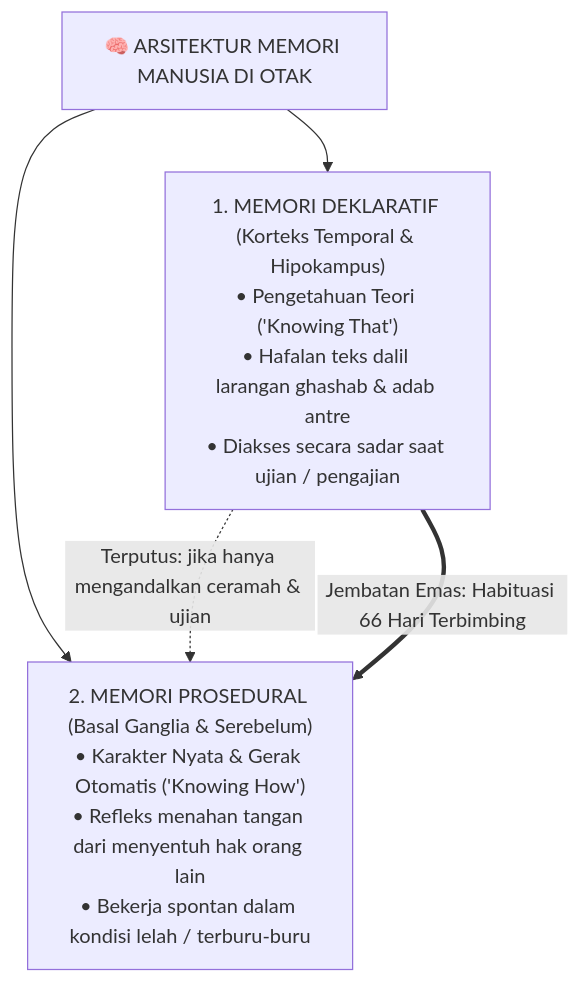
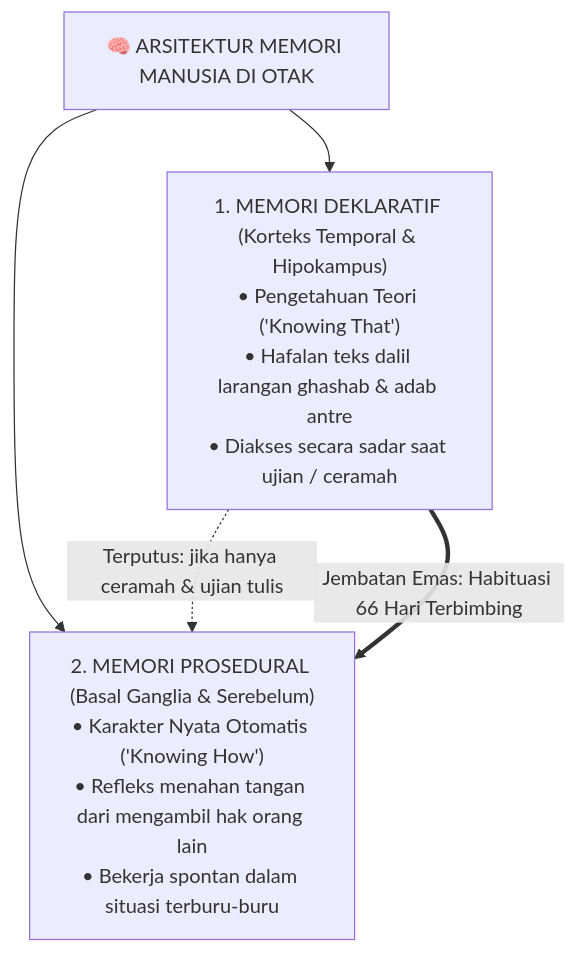
One commit to wandiapriliyandi/tumbuh changed the fourth of 9 diagrams in BOOK-SERIES/Volume-01/Bab-01-Krisis-Karakter-dan-Urgensi-Rekonstruksi/01-Anomali-Pendidikan-Karakter-Tradisional.md. Above: the diagram before and after it, drawn with Mermaid. The commit also changed other lines of this file, not shown here.

Commit message:
docs(bab-1.1): tulis ulang naskah master monograf menggugah jiwa, menajamkan nalar, dan membedah solusi operasional asrama

````diff
--- a/BOOK-SERIES/Volume-01/Bab-01-Krisis-Karakter-dan-Urgensi-Rekonstruksi/01-Anomali-Pendidikan-Karakter-Tradisional.md
+++ b/BOOK-SERIES/Volume-01/Bab-01-Krisis-Karakter-dan-Urgensi-Rekonstruksi/01-Anomali-Pendidikan-Karakter-Tradisional.md
@@ -54,14 +99,14 @@
 ```mermaid
 graph TD
     Otak["🧠 ARSITEKTUR MEMORI MANUSIA DI OTAK"]
     
     Otak --> Deklaratif
     Otak --> Prosedural
     
-    Deklaratif["1. MEMORI DEKLARATIF (Korteks Temporal & Hipokampus)<br/>• Pengetahuan Teori ('Knowing That')<br/>• Hafalan teks dalil larangan ghashab & adab antre<br/>• Diakses secara sadar saat ujian / pengajian"]
+    Deklaratif["1. MEMORI DEKLARATIF (Korteks Temporal & Hipokampus)<br/>• Pengetahuan Teori ('Knowing That')<br/>• Hafalan teks dalil larangan ghashab & adab antre<br/>• Diakses secara sadar saat ujian / ceramah"]
     
-    Prosedural["2. MEMORI PROSEDURAL (Basal Ganglia & Serebelum)<br/>• Karakter Nyata & Gerak Otomatis ('Knowing How')<br/>• Refleks menahan tangan dari menyentuh hak orang lain<br/>• Bekerja spontan dalam kondisi lelah / terburu-buru"]
+    Prosedural["2. MEMORI PROSEDURAL (Basal Ganglia & Serebelum)<br/>• Karakter Nyata Otomatis ('Knowing How')<br/>• Refleks menahan tangan dari mengambil hak orang lain<br/>• Bekerja spontan dalam situasi terburu-buru"]
     
-    Deklaratif -.->|"Terputus: jika hanya mengandalkan ceramah & ujian"| Prosedural
+    Deklaratif -.->|"Terputus: jika hanya ceramah & ujian tulis"| Prosedural
     Deklaratif ==>|"Jembatan Emas: Habituasi 66 Hari Terbimbing"| Prosedural
 ```
````
